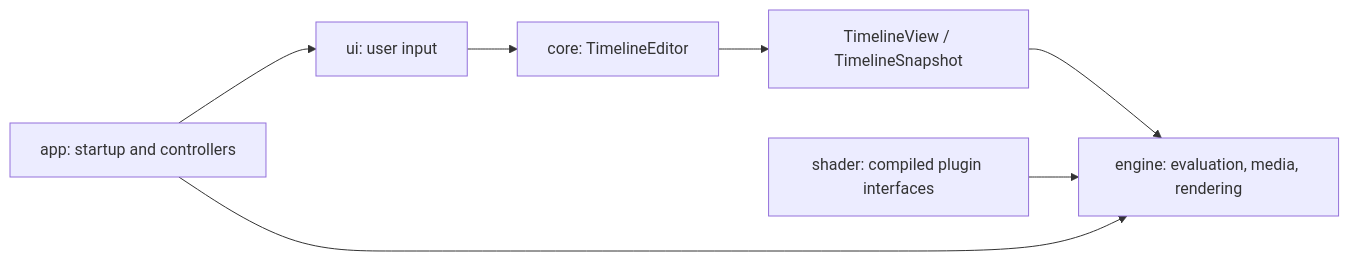
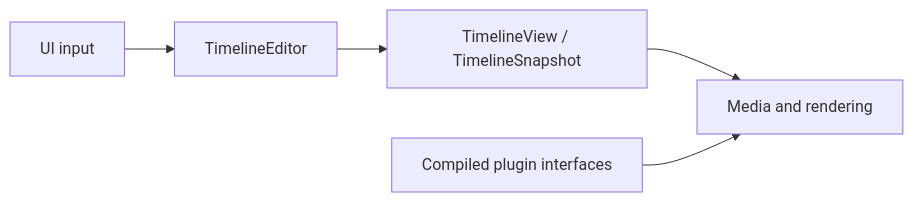
The diagram in docs/architecture/README.md (1Step621/zerium), drawn with Mermaid before and after one commit. The commit also changed other lines of this file and 43 other files, not shown here.

````diff
--- a/docs/architecture/README.md
+++ b/docs/architecture/README.md
@@ -17,9 +18,7 @@
 ```mermaid
 flowchart LR
-    UI[ui: user input] --> Editor[core: TimelineEditor]
+    UI[UI input] --> Editor[TimelineEditor]
     Editor --> View[TimelineView / TimelineSnapshot]
-    View --> Engine[engine: evaluation, media, rendering]
-    Shader[shader: compiled plugin interfaces] --> Engine
-    App[app: startup and controllers] --> UI
-    App --> Engine
+    View --> Engine[Media and rendering]
+    Shader[Compiled plugin interfaces] --> Engine
 ```
````
